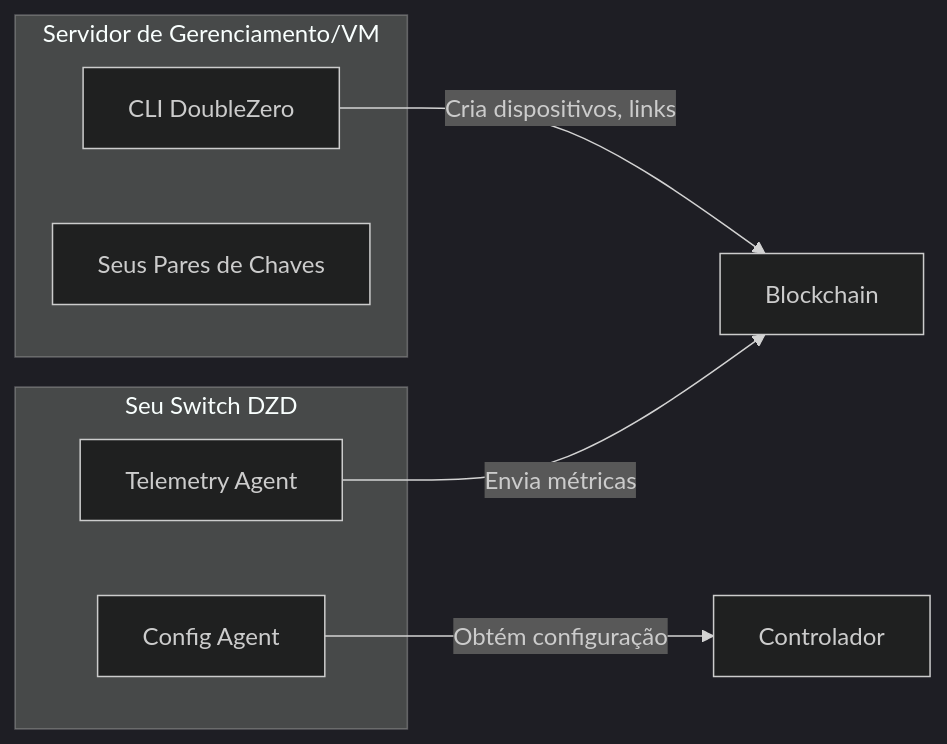
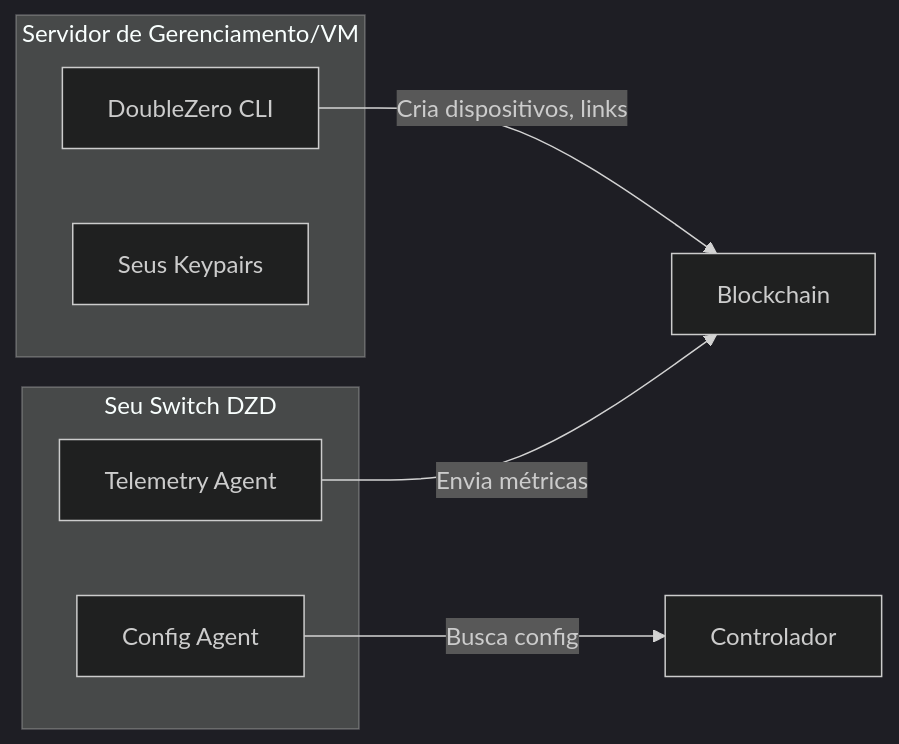
One commit to malbeclabs/docs changed the third of 13 diagrams in docs/contribute-provisioning.pt.md. Above: the diagram before and after it, drawn with Mermaid (dark theme). The commit also changed other lines of this file and 130 other files, not shown here.

````diff
--- a/docs/contribute-provisioning.pt.md
+++ b/docs/contribute-provisioning.pt.md
@@ -173,16 +173,16 @@
     ```mermaid
     flowchart LR
         subgraph "Servidor de Gerenciamento/VM"
-            CLI[CLI DoubleZero]
-            KEYS[Seus Pares de Chaves]
+            CLI[DoubleZero CLI]
+            KEYS[Seus Keypairs]
         end
 
         subgraph "Seu Switch DZD"
             CA[Config Agent]
             TA[Telemetry Agent]
         end
 
         CLI -->|Cria dispositivos, links| BC[Blockchain]
-        CA -->|Obtém configuração| CTRL[Controlador]
+        CA -->|Busca config| CTRL[Controlador]
         TA -->|Envia métricas| BC
     ```
````
